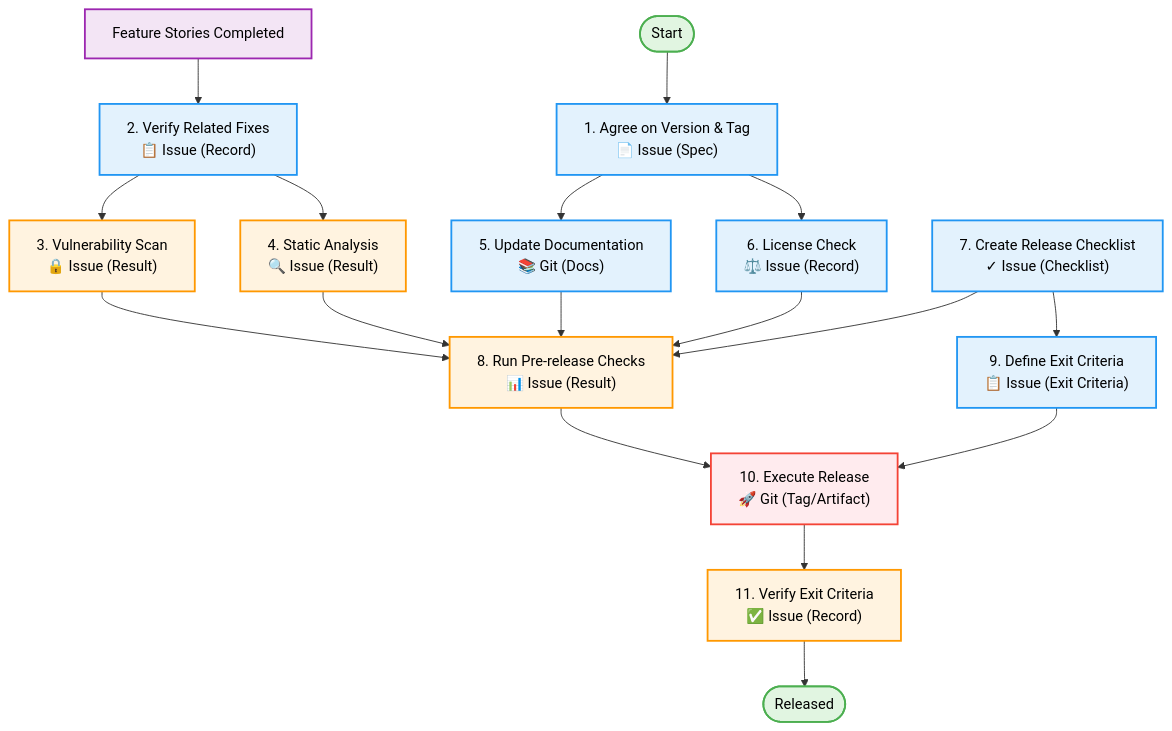
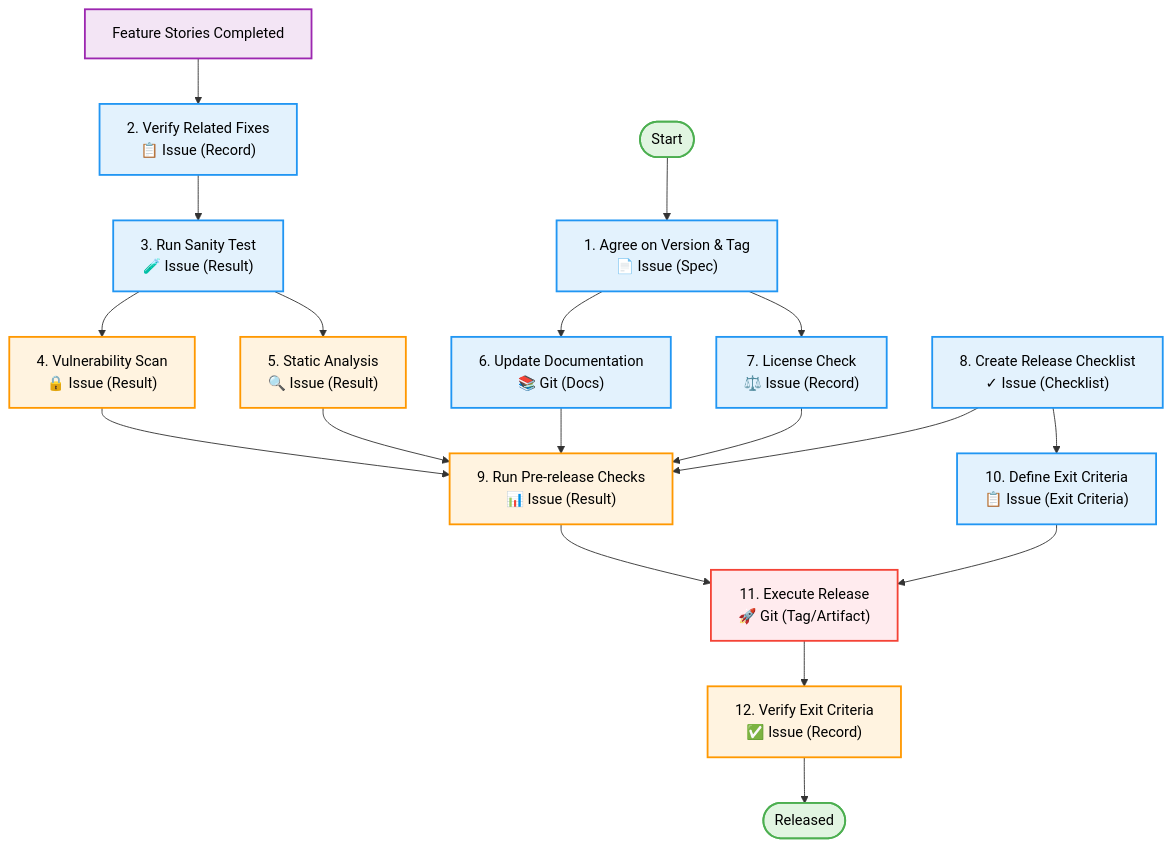
Before and after one commit to LongbowXXX/terraformer: the fourth of 4 diagrams in knowledge/workflows/workflow.md, drawn with Mermaid. The commit also changed 2 other files, not shown here.

Commit message:
docs: Add AI collaborative workflow documentation and detailed release task procedures.

````diff
--- a/knowledge/workflows/workflow.md
+++ b/knowledge/workflows/workflow.md
@@ -179,33 +179,34 @@
 ```mermaid
 graph TD
     Start([Start]) --> T1
     Features[Feature Stories Completed] --> T2
 
-    T1["1. Agree on Version & Tag<br/>📄 Issue (Spec)"] --> T5
-    T1 --> T6
+    T1["1. Agree on Version & Tag<br/>📄 Issue (Spec)"] --> T6
+    T1 --> T7
     T2["2. Verify Related Fixes<br/>📋 Issue (Record)"] --> T3
-    T2 --> T4
-    T3["3. Vulnerability Scan<br/>🔒 Issue (Result)"] --> T8
-    T4["4. Static Analysis<br/>🔍 Issue (Result)"] --> T8
-    T5["5. Update Documentation<br/>📚 Git (Docs)"] --> T8
-    T6["6. License Check<br/>⚖️ Issue (Record)"] --> T8
-    T7["7. Create Release Checklist<br/>✓ Issue (Checklist)"] --> T8
-    T7 --> T9
-    T8["8. Run Pre-release Checks<br/>📊 Issue (Result)"] --> T10
-    T9["9. Define Exit Criteria<br/>📋 Issue (Exit Criteria)"] --> T10
-    T10["10. Execute Release<br/>🚀 Git (Tag/Artifact)"] --> T11
-    T11["11. Verify Exit Criteria<br/>✅ Issue (Record)"] --> End
+    T3["3. Run Sanity Test<br/>🧪 Issue (Result)"] --> T4
+    T3 --> T5
+    T4["4. Vulnerability Scan<br/>🔒 Issue (Result)"] --> T9
+    T5["5. Static Analysis<br/>🔍 Issue (Result)"] --> T9
+    T6["6. Update Documentation<br/>📚 Git (Docs)"] --> T9
+    T7["7. License Check<br/>⚖️ Issue (Record)"] --> T9
+    T8["8. Create Release Checklist<br/>✓ Issue (Checklist)"] --> T9
+    T8 --> T10
+    T9["9. Run Pre-release Checks<br/>📊 Issue (Result)"] --> T11
+    T10["10. Define Exit Criteria<br/>📋 Issue (Exit Criteria)"] --> T11
+    T11["11. Execute Release<br/>🚀 Git (Tag/Artifact)"] --> T12
+    T12["12. Verify Exit Criteria<br/>✅ Issue (Record)"] --> End
     End([Released])
 
     classDef startEnd fill:#e1f5e1,stroke:#4caf50,stroke-width:2px,color:#000
     classDef prereq fill:#f3e5f5,stroke:#9c27b0,stroke-width:2px,color:#000
     classDef task fill:#e3f2fd,stroke:#2196f3,stroke-width:2px,color:#000
     classDef check fill:#fff3e0,stroke:#ff9800,stroke-width:2px,color:#000
     classDef release fill:#ffebee,stroke:#f44336,stroke-width:2px,color:#000
 
     class Start,End startEnd
     class Features prereq
-    class T1,T2,T5,T6,T7,T9 task
-    class T3,T4,T8,T11 check
-    class T10 release
+    class T1,T2,T3,T6,T7,T8,T10 task
+    class T4,T5,T9,T12 check
+    class T11 release
 ```
````
